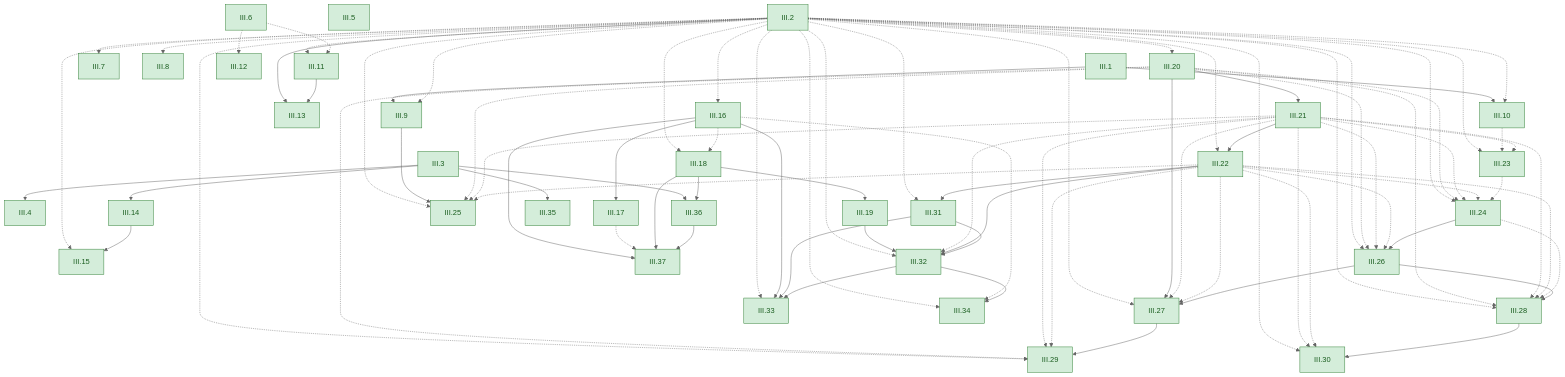
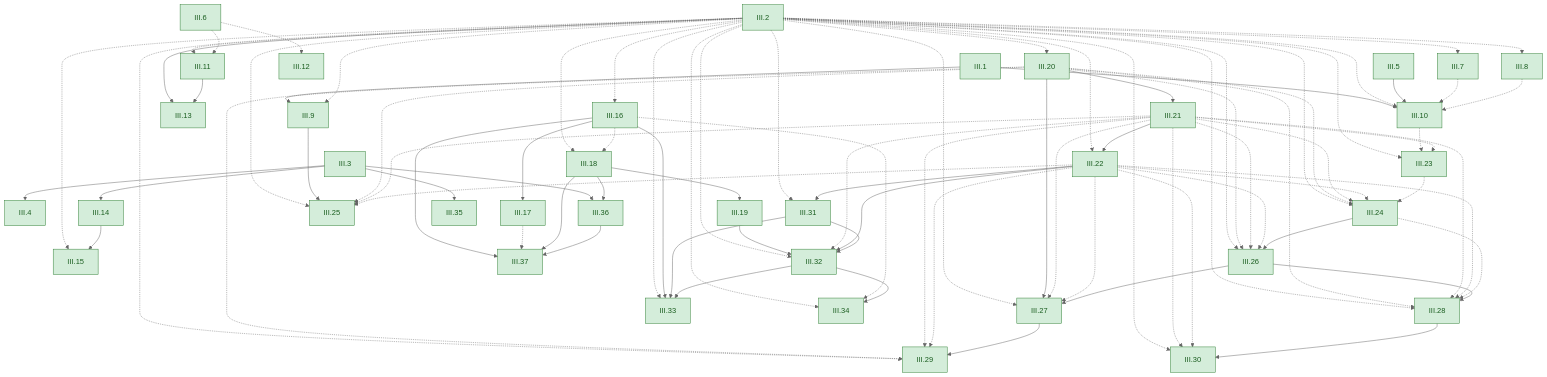
The sixth of 6 diagrams in GRAPH.md (dodecaplex-co/stoicheia), drawn with Mermaid (neutral theme) before and after one commit. The commit also changed other lines of this file and 18 other files, not shown here.

```diff
--- a/GRAPH.md
+++ b/GRAPH.md
@@ -804,6 +804,9 @@
   III2 -.-> III9
   III1 --> III10
   III2 -.-> III10
+  III5 --> III10
+  III7 -.-> III10
+  III8 -.-> III10
   III2 -.-> III11
   III6 -.-> III11
   III6 -.-> III12
```
